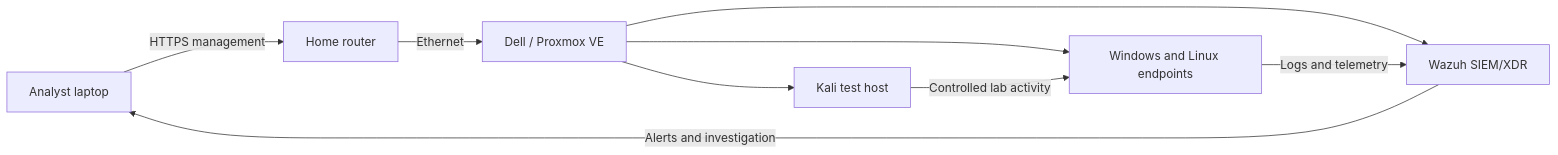
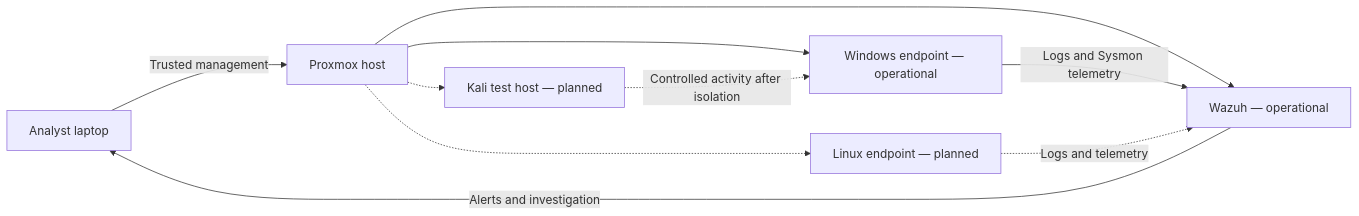
The diagram in README.md (AdrianKobylinski/soc-homelab), drawn with Mermaid before and after one commit. The commit also changed other lines of this file and 6 other files, not shown here.

Commit message:
Document Windows Sysmon detection case

````diff
--- a/README.md
+++ b/README.md
@@ -38,11 +38,12 @@
 ```mermaid
 flowchart LR
-    Laptop["Analyst laptop"] -->|"HTTPS management"| Router["Home router"]
-    Router -->|"Ethernet"| PVE["Dell / Proxmox VE"]
-    PVE --> Wazuh["Wazuh SIEM/XDR"]
-    PVE --> Endpoints["Windows and Linux endpoints"]
-    PVE --> Kali["Kali test host"]
-    Kali -->|"Controlled lab activity"| Endpoints
-    Endpoints -->|"Logs and telemetry"| Wazuh
+    Laptop["Analyst laptop"] -->|"Trusted management"| PVE["Proxmox host"]
+    PVE --> Wazuh["Wazuh — operational"]
+    PVE --> Windows["Windows endpoint — operational"]
+    PVE -.-> Linux["Linux endpoint — planned"]
+    PVE -.-> Kali["Kali test host — planned"]
+    Kali -.->|"Controlled activity after isolation"| Windows
+    Windows -->|"Logs and Sysmon telemetry"| Wazuh
+    Linux -.->|"Logs and telemetry"| Wazuh
     Wazuh -->|"Alerts and investigation"| Laptop
 ```
````
